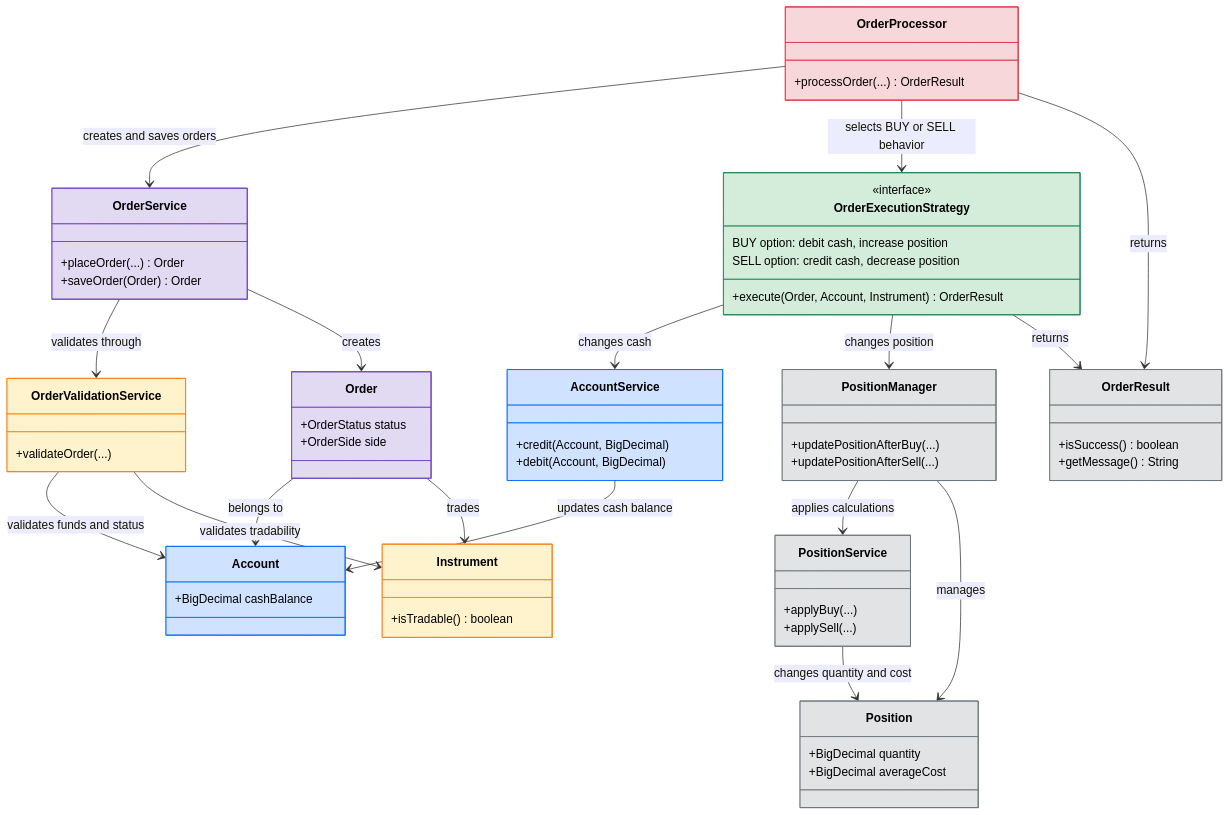
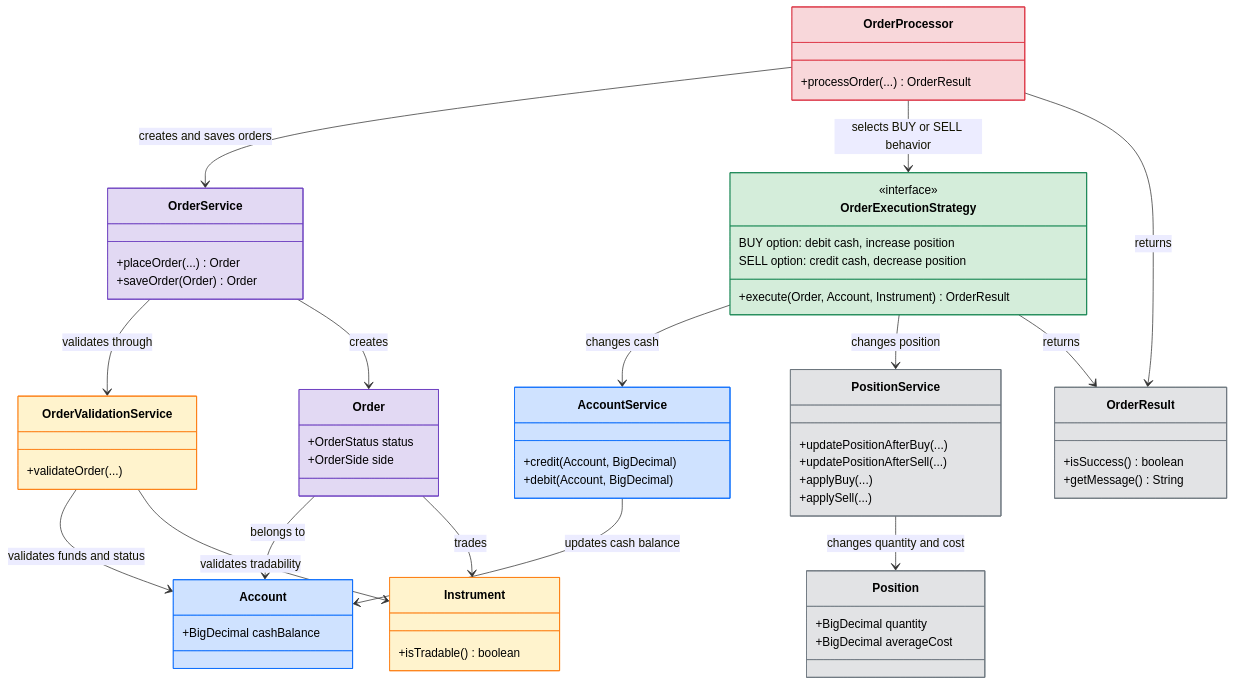
One commit to jamiemonty03/TheUnderFrogs_TeamProject changed the diagram in docs/diagrams/order-logic-uml.md. Above: the diagram before and after it, drawn with Mermaid.

Commit message:
hotfix/adjusted uml class diagram to represent updated PositionService

```diff
--- a/docs/diagrams/order-logic-uml.md
+++ b/docs/diagrams/order-logic-uml.md
@@ -31,12 +31,9 @@
         +debit(Account, BigDecimal)
     }
 
-    class PositionManager:::positionLogic {
+    class PositionService:::positionLogic {
         +updatePositionAfterBuy(...)
         +updatePositionAfterSell(...)
-    }
-
-    class PositionService:::positionCalculation {
         +applyBuy(...)
         +applySell(...)
     }
@@ -75,13 +72,11 @@
     OrderValidationService --> Instrument : validates tradability
 
     OrderExecutionStrategy --> AccountService : changes cash
-    OrderExecutionStrategy --> PositionManager : changes position
+    OrderExecutionStrategy --> PositionService : changes position
     OrderExecutionStrategy --> OrderResult : returns
 
     AccountService --> Account : updates cash balance
 
-    PositionManager --> PositionService : applies calculations
-    PositionManager --> Position : manages
     PositionService --> Position : changes quantity and cost
 
     Order --> Account : belongs to
```
